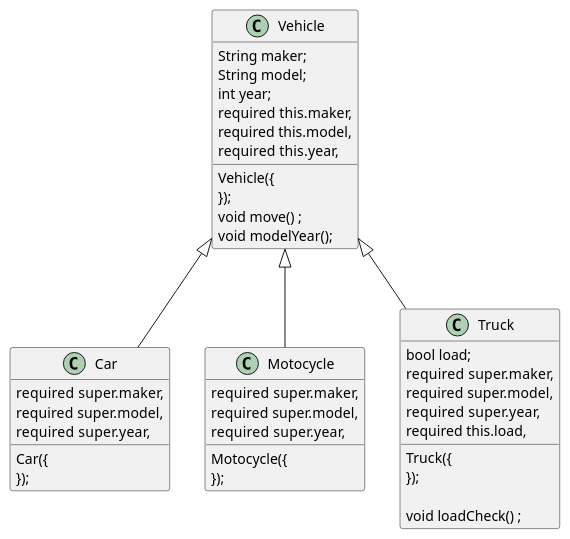
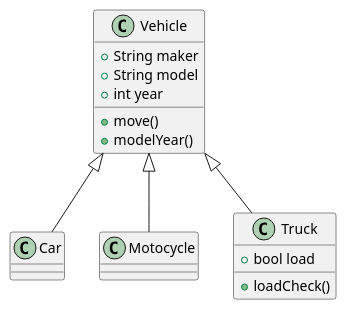
Before and after one commit to orm-camp-flutter-2ki/learn_dart_together: the diagram in lib/240312/vehicle/vehicle.plantuml, drawn with PlantUML. The commit also changed 4 other files, not shown here.

Commit message:
fix : uml 수정

```diff
--- a/lib/240312/vehicle/vehicle.plantuml
+++ b/lib/240312/vehicle/vehicle.plantuml
@@ -1,45 +1,24 @@
 @startuml vehicle
 
 class Vehicle {
-  String maker;
-  String model;
-  int year;
-  Vehicle({
-    required this.maker,
-    required this.model,
-    required this.year,
-  });
-  void move() ;
-  void modelYear();
+  + String maker
+  + String model
+  +int year
+  + move() 
+  + modelYear()
 }
 
 class Car extends Vehicle {
-  Car({
-    required super.maker,
-    required super.model,
-    required super.year,
-  });
 }
 
 class Motocycle extends Vehicle {
-  Motocycle({
-    required super.maker,
-    required super.model,
-    required super.year,
-  });
 }
 
 class Truck extends Vehicle {
-  bool load;
-  Truck({
-    required super.maker,
-    required super.model,
-    required super.year,
-    required this.load,
-  });
+  + bool load
 
-  void loadCheck() ;
+  + loadCheck() 
 }
 
 
 @enduml
```
